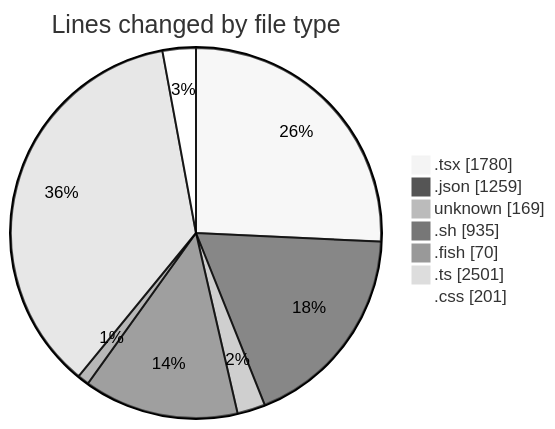
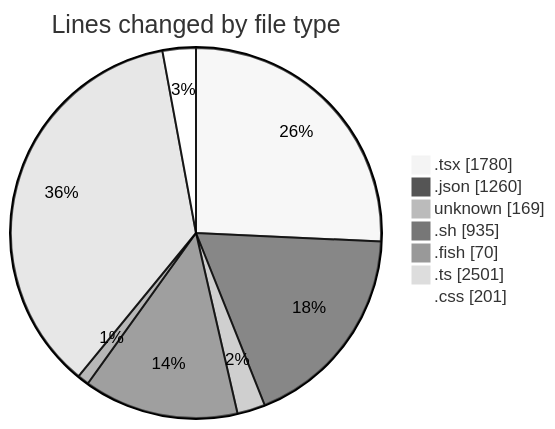
The first of 2 diagrams in 2025-07-17/ribbon/README.md (EIIisD/code-tracking), drawn with Mermaid (neutral theme) before and after one commit. The commit also changed other lines of this file and 1 other file, not shown here.

````diff
--- a/2025-07-17/ribbon/README.md
+++ b/2025-07-17/ribbon/README.md
@@ -54,11 +54,11 @@
 ```mermaid
 pie showData
 title Lines changed by file type
 ".tsx" : 1780
-".json" : 1259
+".json" : 1260
 "unknown" : 169
 ".sh" : 935
 ".fish" : 70
 ".ts" : 2501
 ".css" : 201
 ```
````
